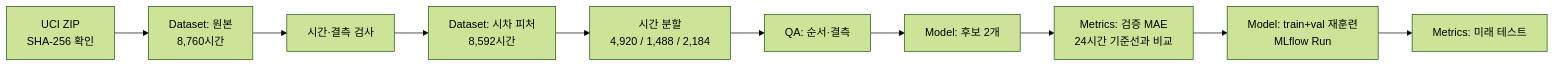
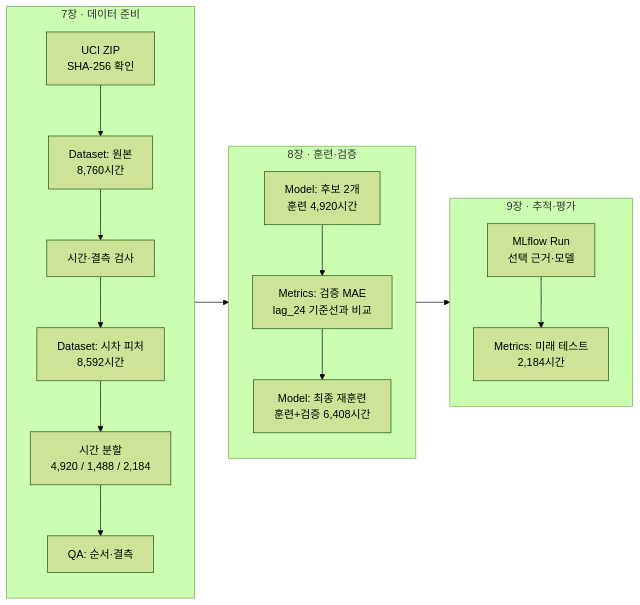
One commit to ddiiwoong/newblog changed the diagram in blog/2026-11-13-seoul-bike-kfp-training-pvc.md. Above: the diagram before and after it, drawn with Mermaid (forest theme).

Commit message:
Fix: 7~9장 데이터 흐름도를 장별 단계로 재구성

````diff
--- a/blog/2026-11-13-seoul-bike-kfp-training-pvc.md
+++ b/blog/2026-11-13-seoul-bike-kfp-training-pvc.md
@@ -68,12 +68,21 @@
 ```mermaid
 flowchart LR
-  A["UCI ZIP<br/>SHA-256 확인"] --> B["Dataset: 원본<br/>8,760시간"]
-  B --> C["시간·결측 검사"]
-  C --> D["Dataset: 시차 피처<br/>8,592시간"]
-  D --> E["시간 분할<br/>4,920 / 1,488 / 2,184"]
-  E --> F["QA: 순서·결측"]
-  F --> G["Model: 후보 2개"]
-  G --> H["Metrics: 검증 MAE<br/>24시간 기준선과 비교"]
-  H --> I["Model: train+val 재훈련<br/>MLflow Run"]
-  I --> J["Metrics: 미래 테스트"]
+  subgraph P["7장 · 데이터 준비"]
+    direction TB
+    A["UCI ZIP<br/>SHA-256 확인"] --> B["Dataset: 원본<br/>8,760시간"]
+    B --> C["시간·결측 검사"]
+    C --> D["Dataset: 시차 피처<br/>8,592시간"]
+    D --> E["시간 분할<br/>4,920 / 1,488 / 2,184"]
+    E --> F["QA: 순서·결측"]
+  end
+  subgraph T["8장 · 훈련·검증"]
+    direction TB
+    G["Model: 후보 2개<br/>훈련 4,920시간"] --> H["Metrics: 검증 MAE<br/>lag_24 기준선과 비교"]
+    H --> I["Model: 최종 재훈련<br/>훈련+검증 6,408시간"]
+  end
+  subgraph R["9장 · 추적·평가"]
+    direction TB
+    K["MLflow Run<br/>선택 근거·모델"] --> J["Metrics: 미래 테스트<br/>2,184시간"]
+  end
+  P --> T --> R
 ```
````
